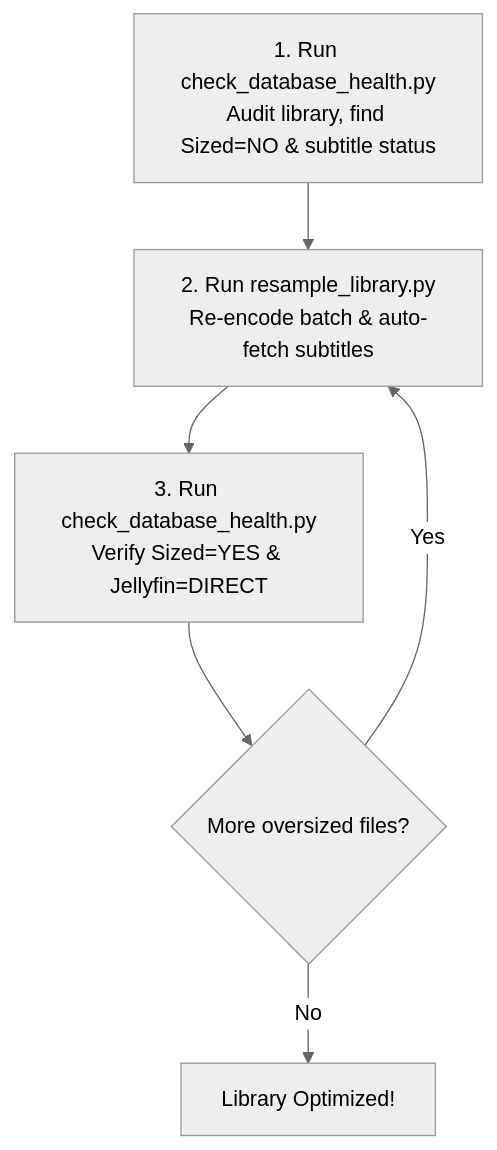
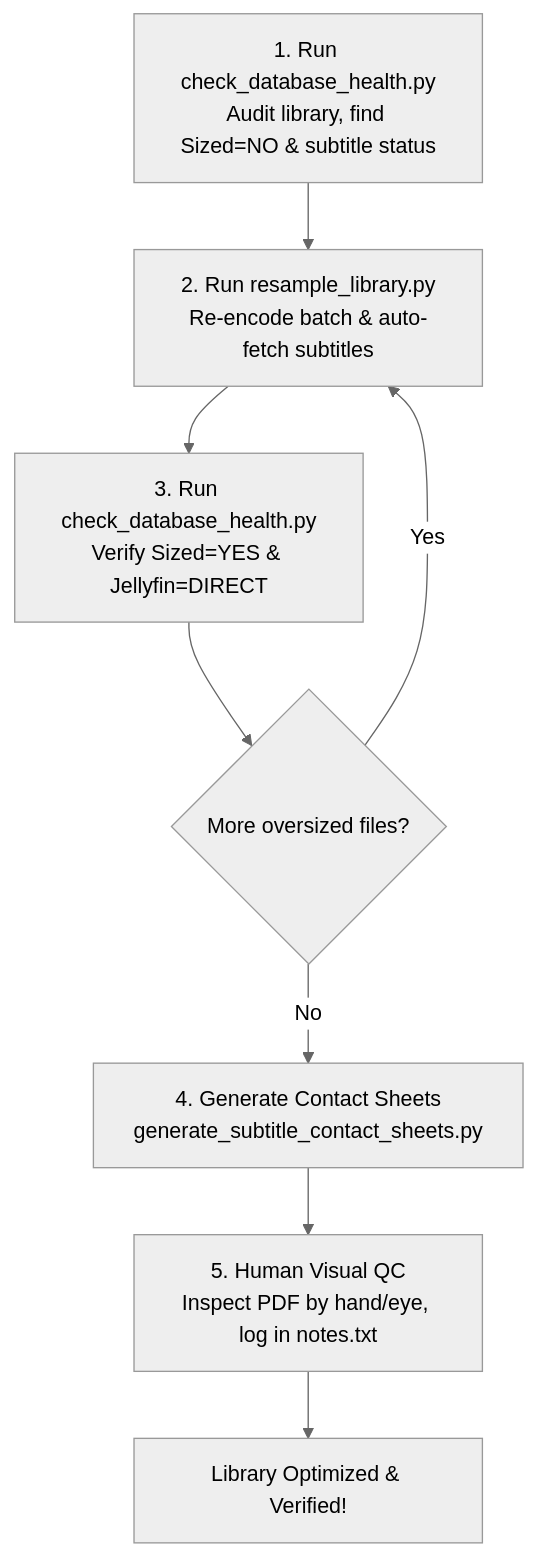
One commit to davegutz/movie_Scraper changed the diagram in README.md. Above: the diagram before and after it, drawn with Mermaid (neutral theme). The commit also changed other lines of this file and 10 other files, not shown here.

````diff
--- a/README.md
+++ b/README.md
@@ -11,8 +19,10 @@
 ```mermaid
 graph TD
     A["1. Run check_database_health.py<br/>Audit library, find Sized=NO & subtitle status"] --> B["2. Run resample_library.py<br/>Re-encode batch & auto-fetch subtitles"]
     B --> C["3. Run check_database_health.py<br/>Verify Sized=YES & Jellyfin=DIRECT"]
     C --> D{"More oversized files?"}
     D -- Yes --> B
-    D -- No --> E["Library Optimized!"]
+    D -- No --> E["4. Generate Contact Sheets<br/>generate_subtitle_contact_sheets.py"]
+    E --> F["5. Human Visual QC<br/>Inspect PDF by hand/eye, log in notes.txt"]
+    F --> G["Library Optimized & Verified!"]
 ```
````
